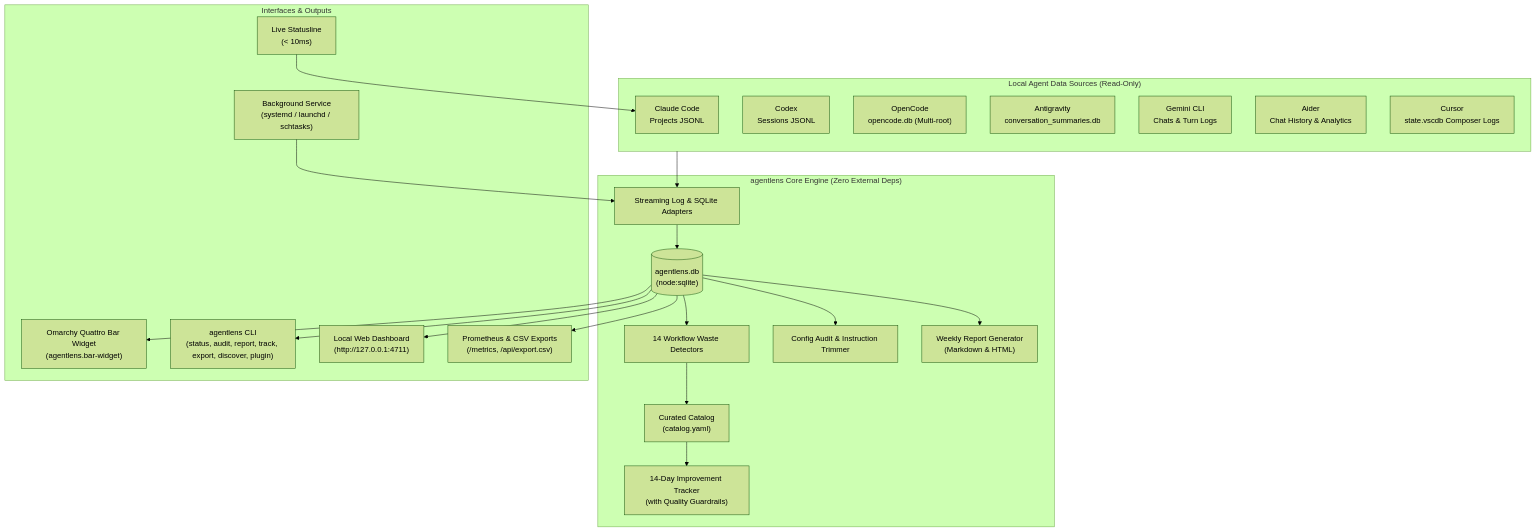
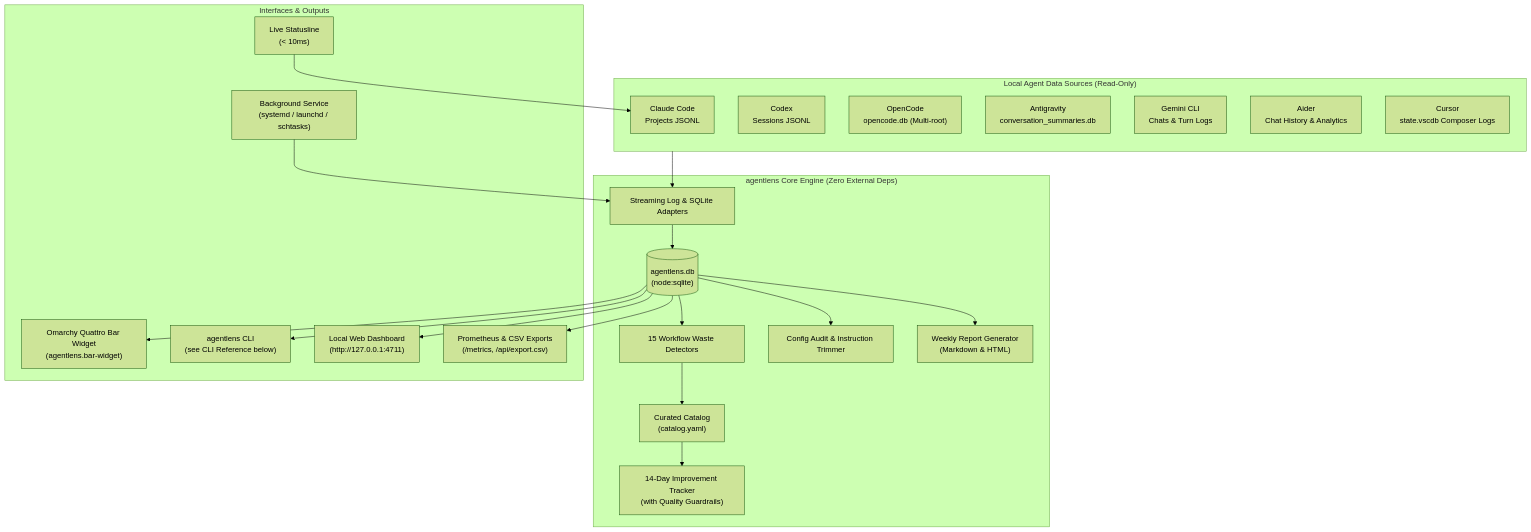
Before and after one commit to SohailElskhawy/agentlens: the diagram in README.md, drawn with Mermaid (forest theme). The commit also changed other lines of this file and 2 other files, not shown here.

Commit message:
docs: align docs with shipped cli, adapters, and ai contracts

````diff
--- a/README.md
+++ b/README.md
@@ -70,45 +70,45 @@
 ```mermaid
 flowchart TD
     subgraph AgentSources["Local Agent Data Sources (Read-Only)"]
         CC["Claude Code\nProjects JSONL"]
         CX["Codex\nSessions JSONL"]
         OC["OpenCode\nopencode.db (Multi-root)"]
         AG["Antigravity\nconversation_summaries.db"]
         GM["Gemini CLI\nChats & Turn Logs"]
         AI["Aider\nChat History & Analytics"]
         CR["Cursor\nstate.vscdb Composer Logs"]
     end
 
     subgraph CoreEngine["agentlens Core Engine (Zero External Deps)"]
         Adapters["Streaming Log & SQLite Adapters"]
         DB[("agentlens.db\n(node:sqlite)")]
-        Detectors["14 Workflow Waste Detectors"]
+        Detectors["15 Workflow Waste Detectors"]
         Audit["Config Audit & Instruction Trimmer"]
         Catalog["Curated Catalog\n(catalog.yaml)"]
         Reports["Weekly Report Generator\n(Markdown & HTML)"]
         Tracker["14-Day Improvement Tracker\n(with Quality Guardrails)"]
     end
 
     subgraph Outputs["Interfaces & Outputs"]
         Statusline["Live Statusline\n(< 10ms)"]
         Omarchy["Omarchy Quattro Bar Widget\n(agentlens.bar-widget)"]
-        CLI["agentlens CLI\n(status, audit, report, track, export, discover, plugin)"]
+        CLI["agentlens CLI\n(see CLI Reference below)"]
         WebUI["Local Web Dashboard\n(http://127.0.0.1:4711)"]
         Service["Background Service\n(systemd / launchd / schtasks)"]
         Metrics["Prometheus & CSV Exports\n(/metrics, /api/export.csv)"]
     end
 
     AgentSources --> Adapters
     Adapters --> DB
     DB --> Detectors
     DB --> Audit
     Detectors --> Catalog
     Catalog --> Tracker
     DB --> Reports
     DB --> WebUI
     DB --> CLI
     DB --> Metrics
     DB --> Omarchy
     Statusline --> CC
     Service --> Adapters
 ```
````
